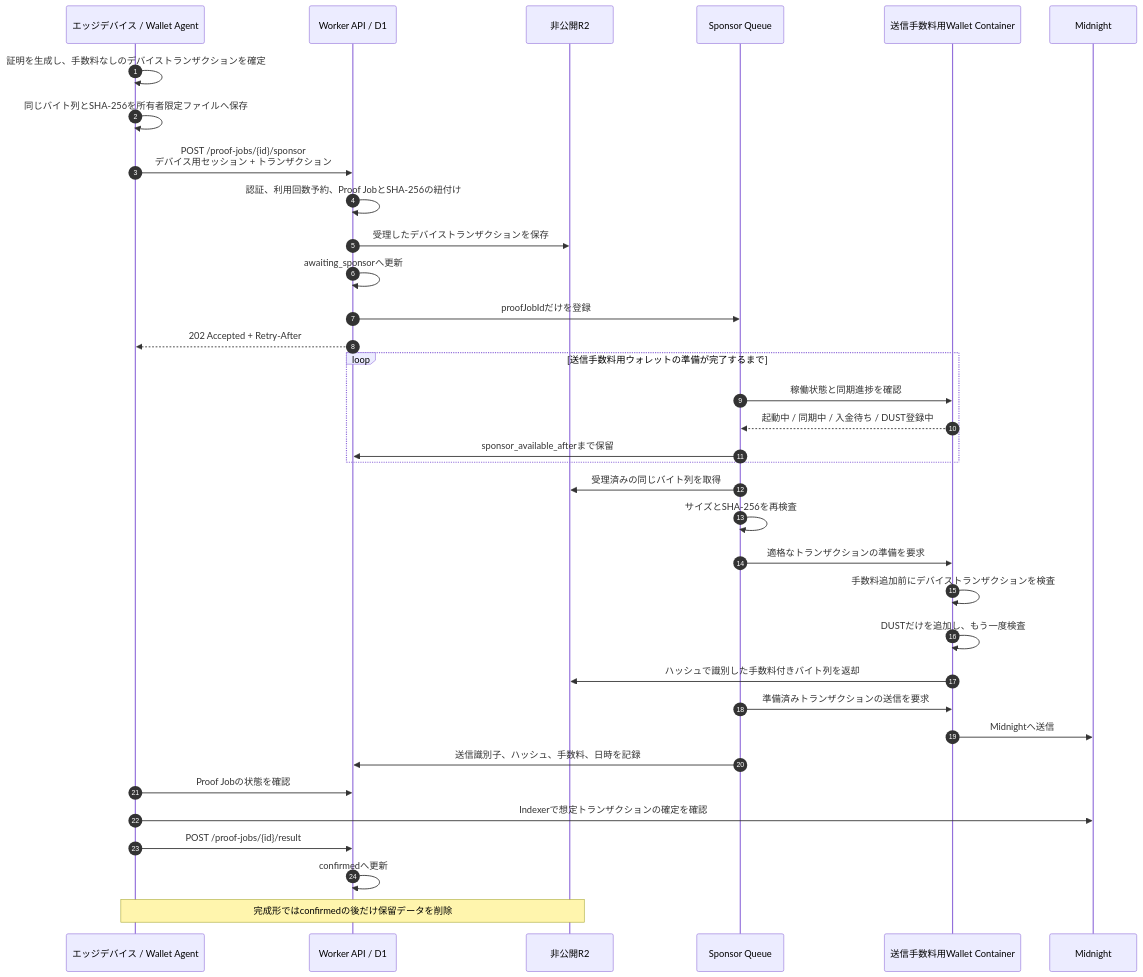
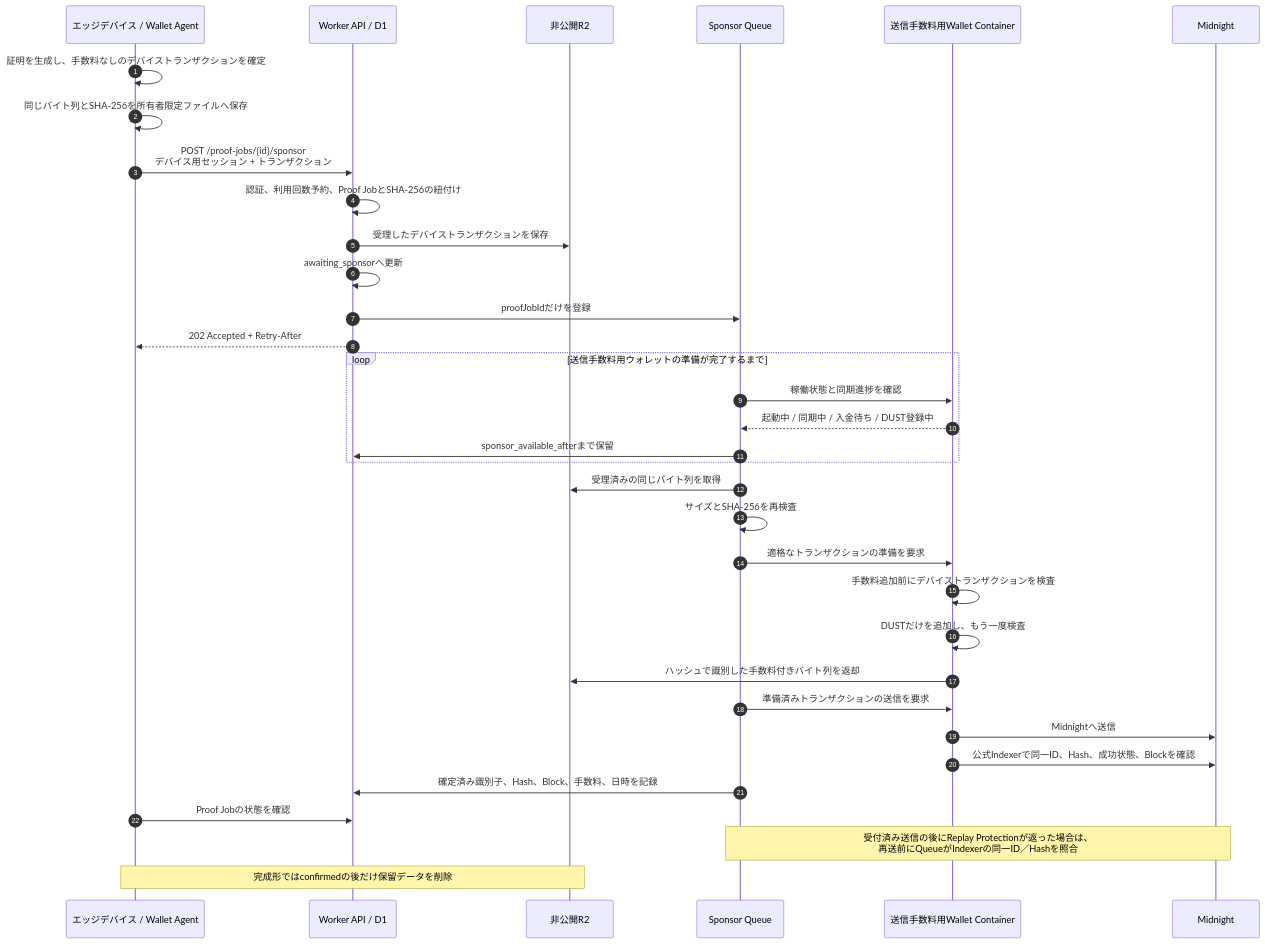
The first of 2 diagrams in docs/ja/implementation/fee_sponsorship.md (commun-platform/midnight_buildathons_bacchili), drawn with Mermaid before and after one commit. The commit also changed other lines of this file and 37 other files, not shown here.

````diff
--- a/docs/ja/implementation/fee_sponsorship.md
+++ b/docs/ja/implementation/fee_sponsorship.md
@@ -45,41 +45,40 @@
 ```mermaid
 sequenceDiagram
     autonumber
     participant E as エッジデバイス / Wallet Agent
     participant W as Worker API / D1
     participant R as 非公開R2
     participant Q as Sponsor Queue
     participant S as 送信手数料用Wallet Container
     participant M as Midnight
 
     E->>E: 証明を生成し、手数料なしのデバイストランザクションを確定
     E->>E: 同じバイト列とSHA-256を所有者限定ファイルへ保存
     E->>W: POST /proof-jobs/{id}/sponsor<br/>デバイス用セッション + トランザクション
     W->>W: 認証、利用回数予約、Proof JobとSHA-256の紐付け
     W->>R: 受理したデバイストランザクションを保存
     W->>W: awaiting_sponsorへ更新
     W->>Q: proofJobIdだけを登録
     W-->>E: 202 Accepted + Retry-After
 
     loop 送信手数料用ウォレットの準備が完了するまで
         Q->>S: 稼働状態と同期進捗を確認
         S-->>Q: 起動中 / 同期中 / 入金待ち / DUST登録中
         Q->>W: sponsor_available_afterまで保留
     end
 
     Q->>R: 受理済みの同じバイト列を取得
     Q->>Q: サイズとSHA-256を再検査
     Q->>S: 適格なトランザクションの準備を要求
     S->>S: 手数料追加前にデバイストランザクションを検査
     S->>S: DUSTだけを追加し、もう一度検査
     S->>R: ハッシュで識別した手数料付きバイト列を返却
     Q->>S: 準備済みトランザクションの送信を要求
     S->>M: Midnightへ送信
-    Q->>W: 送信識別子、ハッシュ、手数料、日時を記録
+    S->>M: 公式Indexerで同一ID、Hash、成功状態、Blockを確認
+    Q->>W: 確定済み識別子、Hash、Block、手数料、日時を記録
 
     E->>W: Proof Jobの状態を確認
-    E->>M: Indexerで想定トランザクションの確定を確認
-    E->>W: POST /proof-jobs/{id}/result
-    W->>W: confirmedへ更新
+    Note over Q,M: 受付済み送信の後にReplay Protectionが返った場合は、<br/>再送前にQueueがIndexerの同一ID／Hashを照合
     Note over E,R: 完成形ではconfirmedの後だけ保留データを削除
 ```
````
